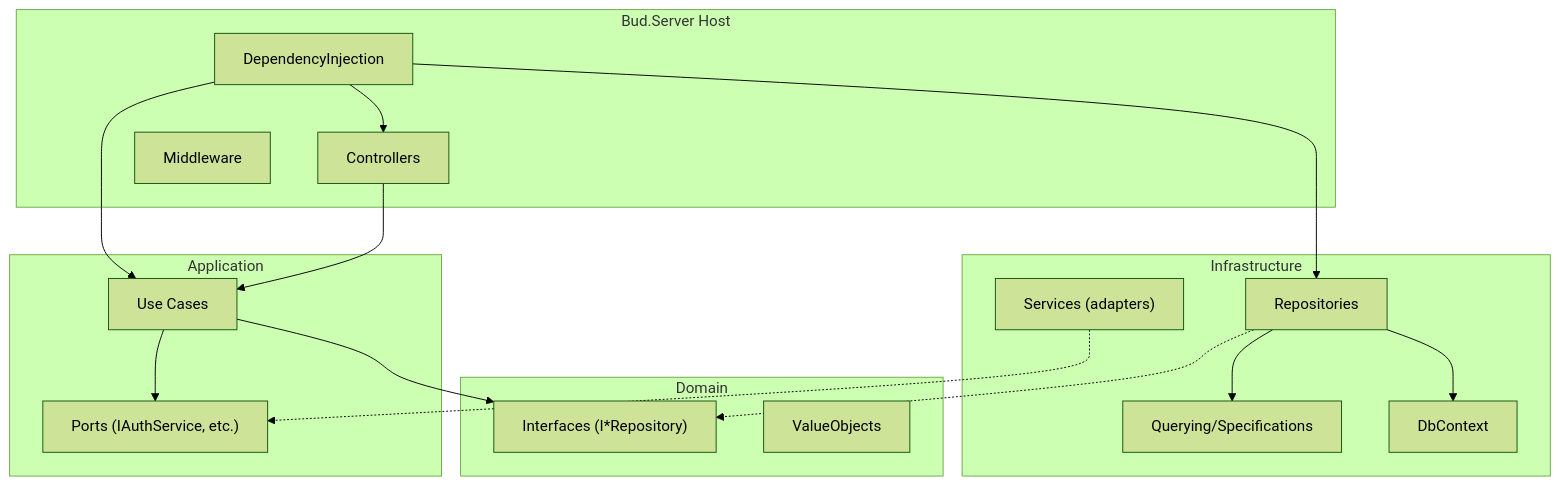
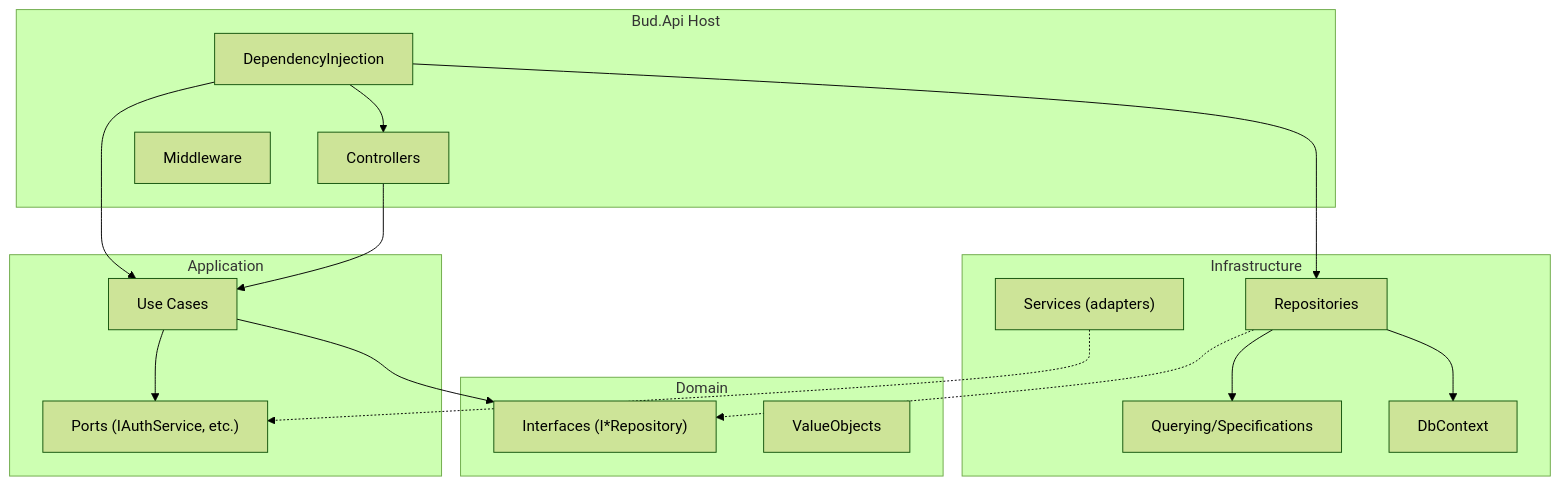
Before and after one commit to dsbraz/bud: the eighth of 11 diagrams in README.md, drawn with Mermaid (forest theme). The commit also changed other lines of this file and 1152 other files, not shown here.

````diff
--- a/README.md
+++ b/README.md
@@ -415,33 +414,33 @@
 ```mermaid
 flowchart TB
-    subgraph Host["Bud.Server Host"]
+    subgraph Host["Bud.Api Host"]
       Controllers
       Middleware
       DependencyInjection
     end
     subgraph App["Application"]
       UseCases["Use Cases"]
       Ports["Ports (IAuthService, etc.)"]
     end
     subgraph Domain["Domain"]
       RepoInterfaces["Interfaces (I*Repository)"]
       ValueObjects
     end
     subgraph Infra["Infrastructure"]
       Repositories
       Services["Services (adapters)"]
       Specifications["Querying/Specifications"]
       DbContext
     end
 
     Controllers --> UseCases
     UseCases --> RepoInterfaces
     UseCases --> Ports
     Repositories -.-> RepoInterfaces
     Services -.-> Ports
     Repositories --> DbContext
     Repositories --> Specifications
     DependencyInjection --> Controllers
     DependencyInjection --> UseCases
     DependencyInjection --> Repositories
 ```
````
